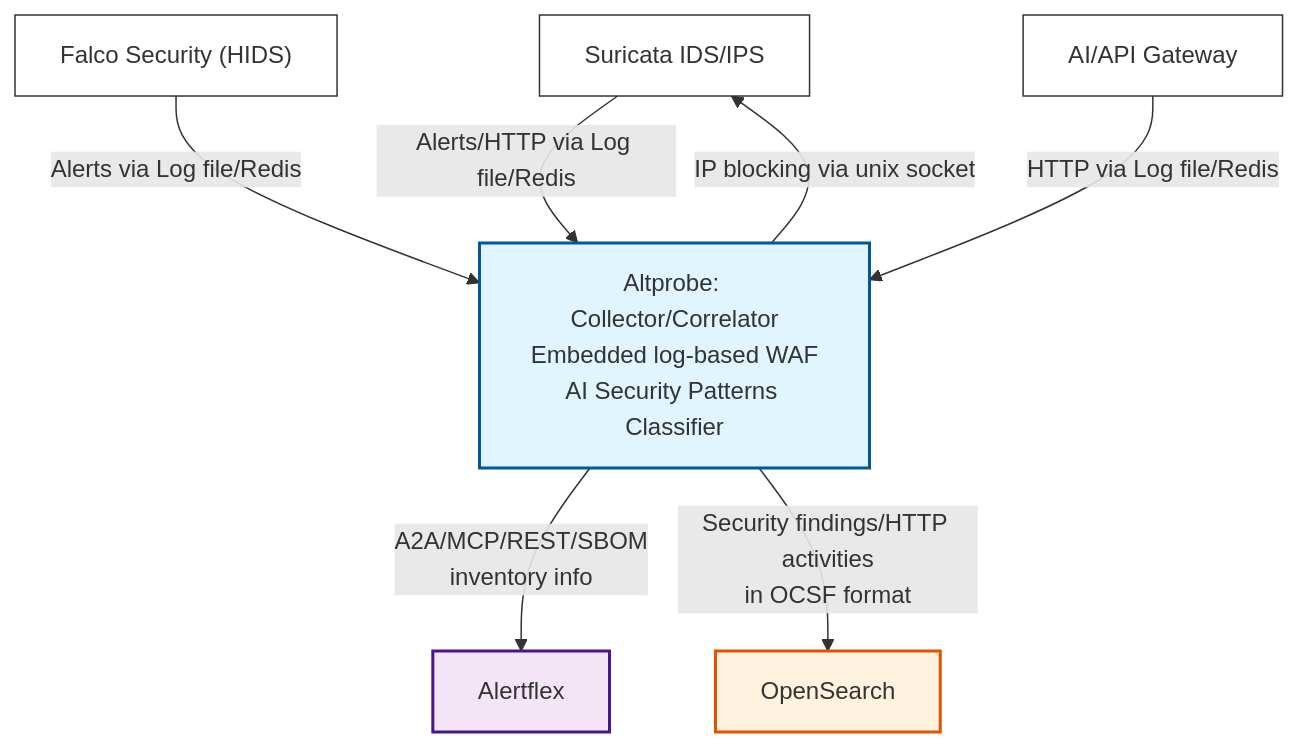
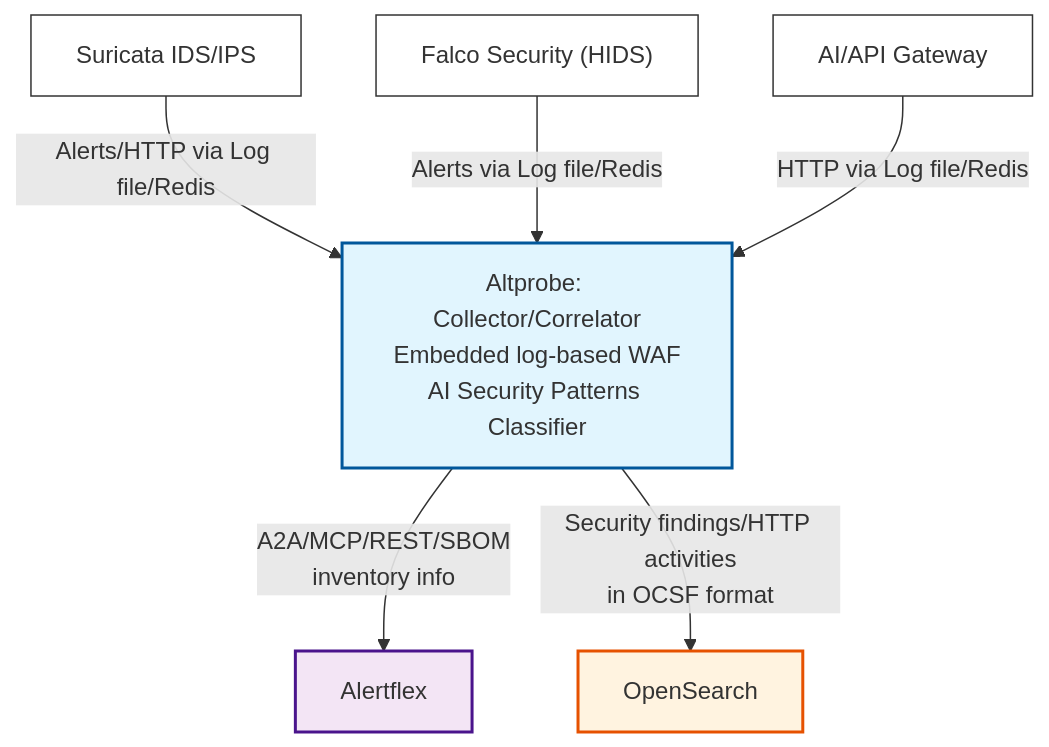
One commit to olegzhr/altprobe changed the diagram in README.md. Above: the diagram before and after it, drawn with Mermaid. The commit also changed other lines of this file, not shown here.

````diff
--- a/README.md
+++ b/README.md
@@ -27,18 +26,16 @@
 ```mermaid
 flowchart TD
     NIDS["Suricata IDS/IPS"] -->|Alerts/HTTP via Log file/Redis| Altprobe
     HIDS["Falco Security (HIDS)"] -->|Alerts via Log file/Redis| Altprobe
     Proxy["AI/API Gateway"] -->|HTTP via Log file/Redis| Altprobe
 
     Altprobe["Altprobe: Collector/Correlator<br/>Embedded log-based WAF<br/>AI Security Patterns Classifier"] -->|A2A/MCP/REST/SBOM<br/> inventory info| Alertflex[Alertflex]
     Altprobe -->|Security findings/HTTP activities<br/>in OCSF format| OpenSearch[OpenSearch]
 
-    Altprobe -->|IP blocking via unix socket| NIDS
-    
     style NIDS fill:#ffffff,stroke:#333,stroke-width:1px
     style HIDS fill:#ffffff,stroke:#333,stroke-width:1px
     style Proxy fill:#ffffff,stroke:#333,stroke-width:1px
     style Altprobe fill:#e1f5fe,stroke:#01579b,stroke-width:2px
     style Alertflex fill:#f3e5f5,stroke:#4a148c,stroke-width:2px
     style OpenSearch fill:#fff3e0,stroke:#e65100,stroke-width:2px
 ```
````
